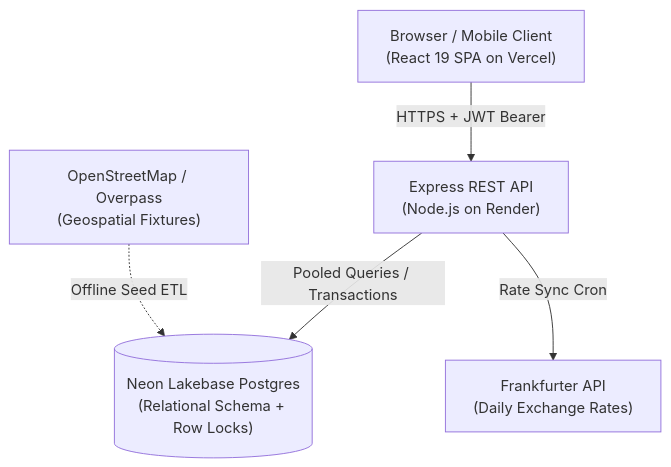
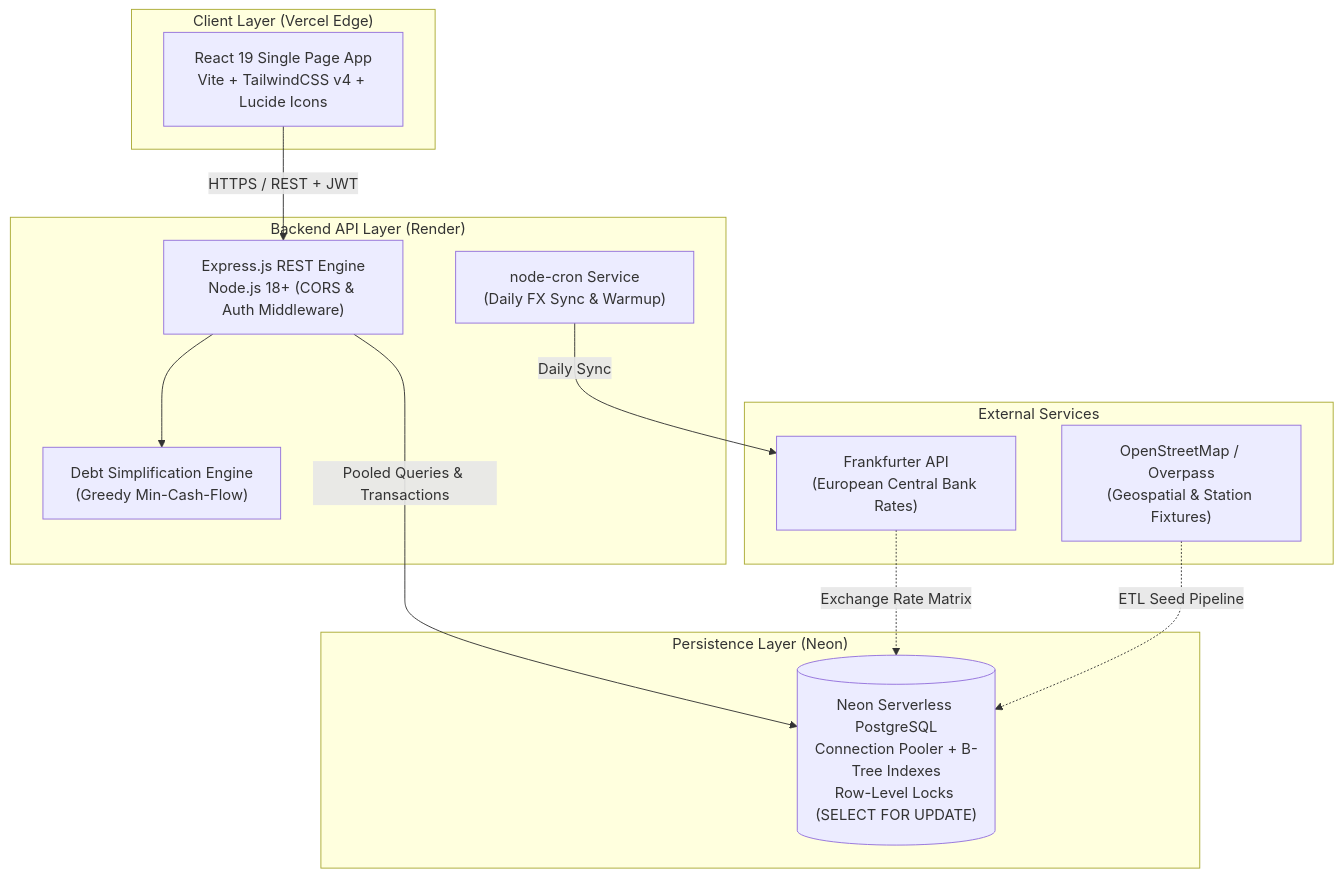
Before and after one commit to luckisalive/TravelMate: the diagram in README.md, drawn with Mermaid. The commit also changed other lines of this file and 4 other files, not shown here.

````diff
--- a/README.md
+++ b/README.md
@@ -36,13 +97,28 @@
 ```mermaid
-graph TD
-    Client["Browser / Mobile Client<br/>(React 19 SPA on Vercel)"]
-    API["Express REST API<br/>(Node.js on Render)"]
-    DB[("Neon Lakebase Postgres<br/>(Relational Schema + Row Locks)")]
-    FX["Frankfurter API<br/>(Daily Exchange Rates)"]
-    OSM["OpenStreetMap / Overpass<br/>(Geospatial Fixtures)"]
+flowchart TD
+    subgraph Client ["Client Layer (Vercel Edge)"]
+        UI["React 19 Single Page App<br/>Vite + TailwindCSS v4 + Lucide Icons"]
+    end
 
-    Client -->|HTTPS + JWT Bearer| API
-    API -->|Pooled Queries / Transactions| DB
-    API -->|Rate Sync Cron| FX
-    OSM -.->|Offline Seed ETL| DB
+    subgraph Backend ["Backend API Layer (Render)"]
+        API["Express.js REST Engine<br/>Node.js 18+ (CORS & Auth Middleware)"]
+        Cron["node-cron Service<br/>(Daily FX Sync & Warmup)"]
+        Algo["Debt Simplification Engine<br/>(Greedy Min-Cash-Flow)"]
+    end
+
+    subgraph Database ["Persistence Layer (Neon)"]
+        Postgres[("Neon Serverless PostgreSQL<br/>Connection Pooler + B-Tree Indexes<br/>Row-Level Locks (SELECT FOR UPDATE)")]
+    end
+
+    subgraph External ["External Services"]
+        FX["Frankfurter API<br/>(European Central Bank Rates)"]
+        OSM["OpenStreetMap / Overpass<br/>(Geospatial & Station Fixtures)"]
+    end
+
+    UI -->|HTTPS / REST + JWT| API
+    API -->|Pooled Queries & Transactions| Postgres
+    Cron -->|Daily Sync| FX
+    FX -.->|Exchange Rate Matrix| Postgres
+    OSM -.->|ETL Seed Pipeline| Postgres
+    API --> Algo
 ```
````
